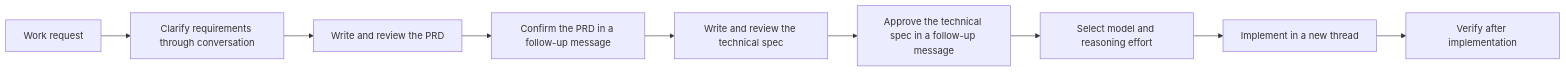
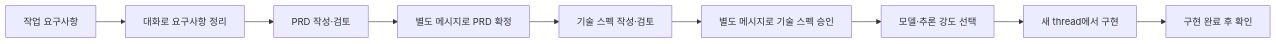
Before and after one commit to j-token/j-token-codex-workflow-kit: the diagram in README.md, drawn with Mermaid. The commit also changed other lines of this file and 26 other files, not shown here.

Commit message:
feat: 한국어 전용 워크플로우 스킬 0.9.0 복원

````diff
--- a/README.md
+++ b/README.md
@@ -21,11 +24,11 @@
 ```mermaid
 flowchart LR
-    A["Work request"] --> B["Clarify requirements through conversation"]
-    B --> C["Write and review the PRD"]
-    C --> D["Confirm the PRD in a follow-up message"]
-    D --> E["Write and review the technical spec"]
-    E --> F["Approve the technical spec in a follow-up message"]
-    F --> G["Select model and reasoning effort"]
-    G --> H["Implement in a new thread"]
-    H --> I["Verify after implementation"]
+    A["작업 요구사항"] --> B["대화로 요구사항 정리"]
+    B --> C["PRD 작성·검토"]
+    C --> D["별도 메시지로 PRD 확정"]
+    D --> E["기술 스펙 작성·검토"]
+    E --> F["별도 메시지로 기술 스펙 승인"]
+    F --> G["모델·추론 강도 선택"]
+    G --> H["새 thread에서 구현"]
+    H --> I["구현 완료 후 확인"]
 ```
````
